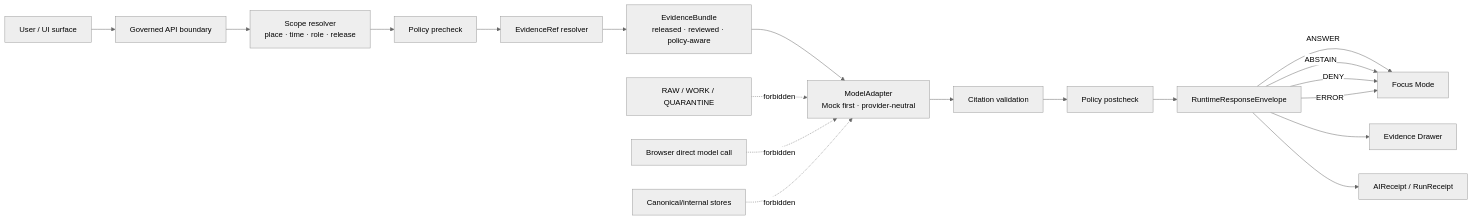
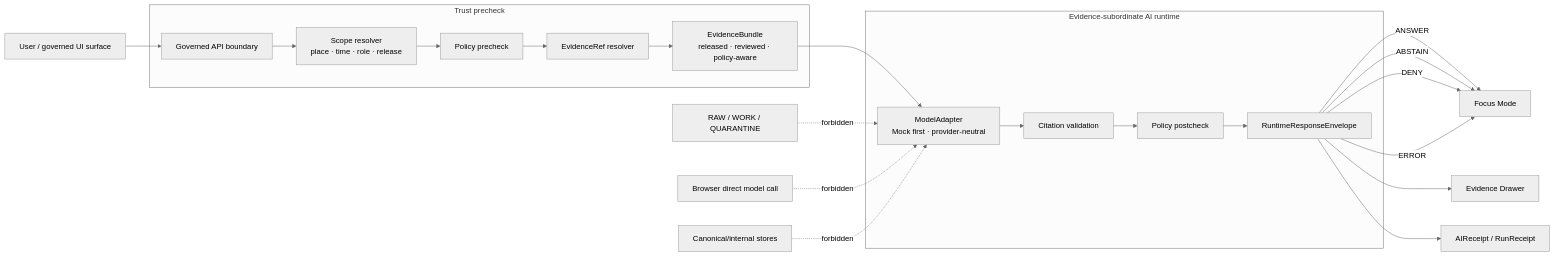
Before and after one commit to bartytime4life/Kansas-Frontier-Matrix: the diagram in docs/architecture/governed-ai/README.md, drawn with Mermaid (neutral theme). The commit also changed other lines of this file, not shown here.

````diff
--- a/docs/architecture/governed-ai/README.md
+++ b/docs/architecture/governed-ai/README.md
@@ -135,26 +140,30 @@
 ```mermaid
 flowchart LR
-    U[User / UI surface] --> G[Governed API boundary]
+    U[User / governed UI surface] --> G[Governed API boundary]
 
-    G --> S[Scope resolver<br/>place · time · role · release]
-    S --> P1[Policy precheck]
-    P1 --> R[EvidenceRef resolver]
-    R --> B[EvidenceBundle<br/>released · reviewed · policy-aware]
+    subgraph Trust_Precheck["Trust precheck"]
+      G --> S[Scope resolver<br/>place · time · role · release]
+      S --> P1[Policy precheck]
+      P1 --> R[EvidenceRef resolver]
+      R --> B[EvidenceBundle<br/>released · reviewed · policy-aware]
+    end
 
-    B --> A[ModelAdapter<br/>Mock first · provider-neutral]
-    A --> C[Citation validation]
-    C --> P2[Policy postcheck]
-    P2 --> E[RuntimeResponseEnvelope]
+    subgraph AI_Runtime["Evidence-subordinate AI runtime"]
+      B --> A[ModelAdapter<br/>Mock first · provider-neutral]
+      A --> C[Citation validation]
+      C --> P2[Policy postcheck]
+      P2 --> E[RuntimeResponseEnvelope]
+    end
 
     E -->|ANSWER| F[Focus Mode]
     E -->|ABSTAIN| F
     E -->|DENY| F
     E -->|ERROR| F
 
     E --> D[Evidence Drawer]
     E --> Q[AIReceipt / RunReceipt]
 
     X1[RAW / WORK / QUARANTINE] -. forbidden .-> A
     X2[Browser direct model call] -. forbidden .-> A
     X3[Canonical/internal stores] -. forbidden .-> A
 ```
````
